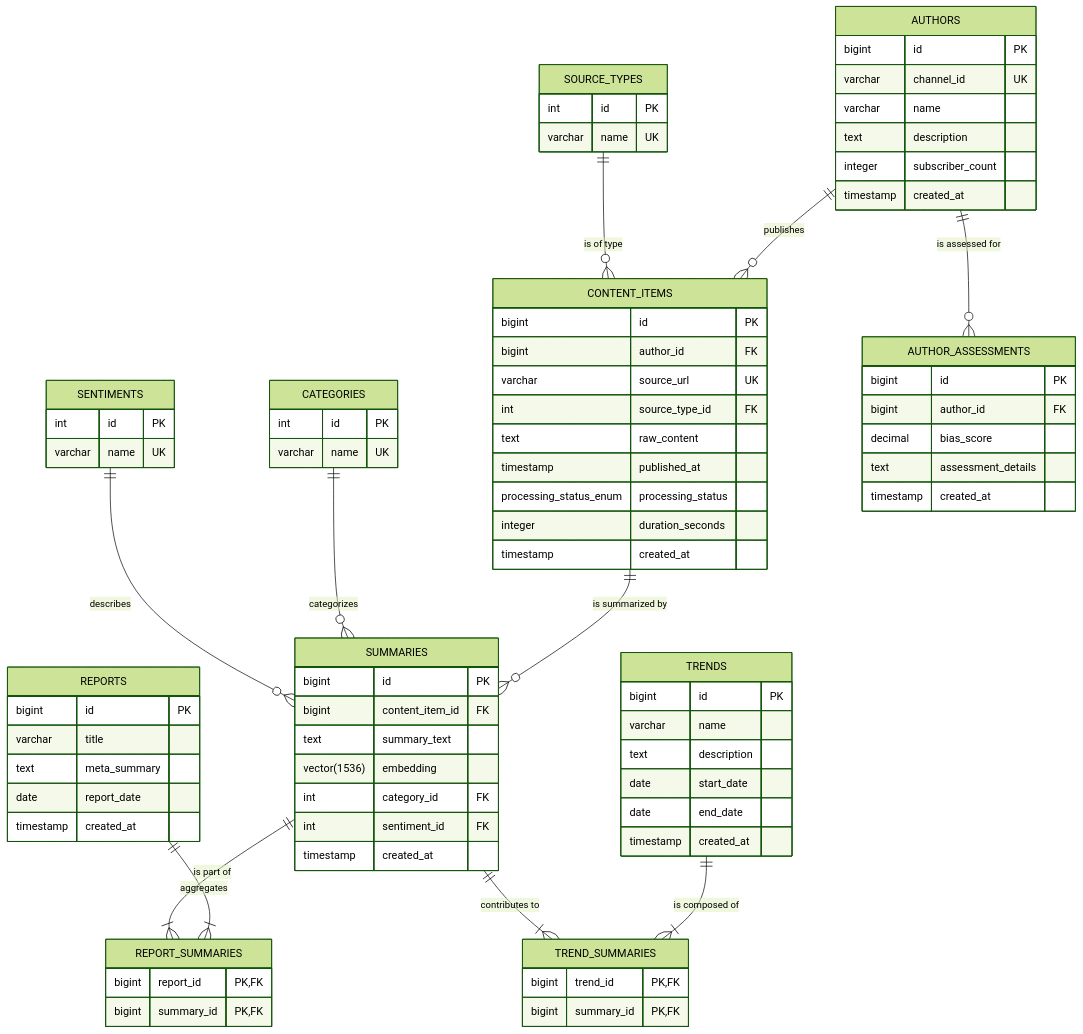
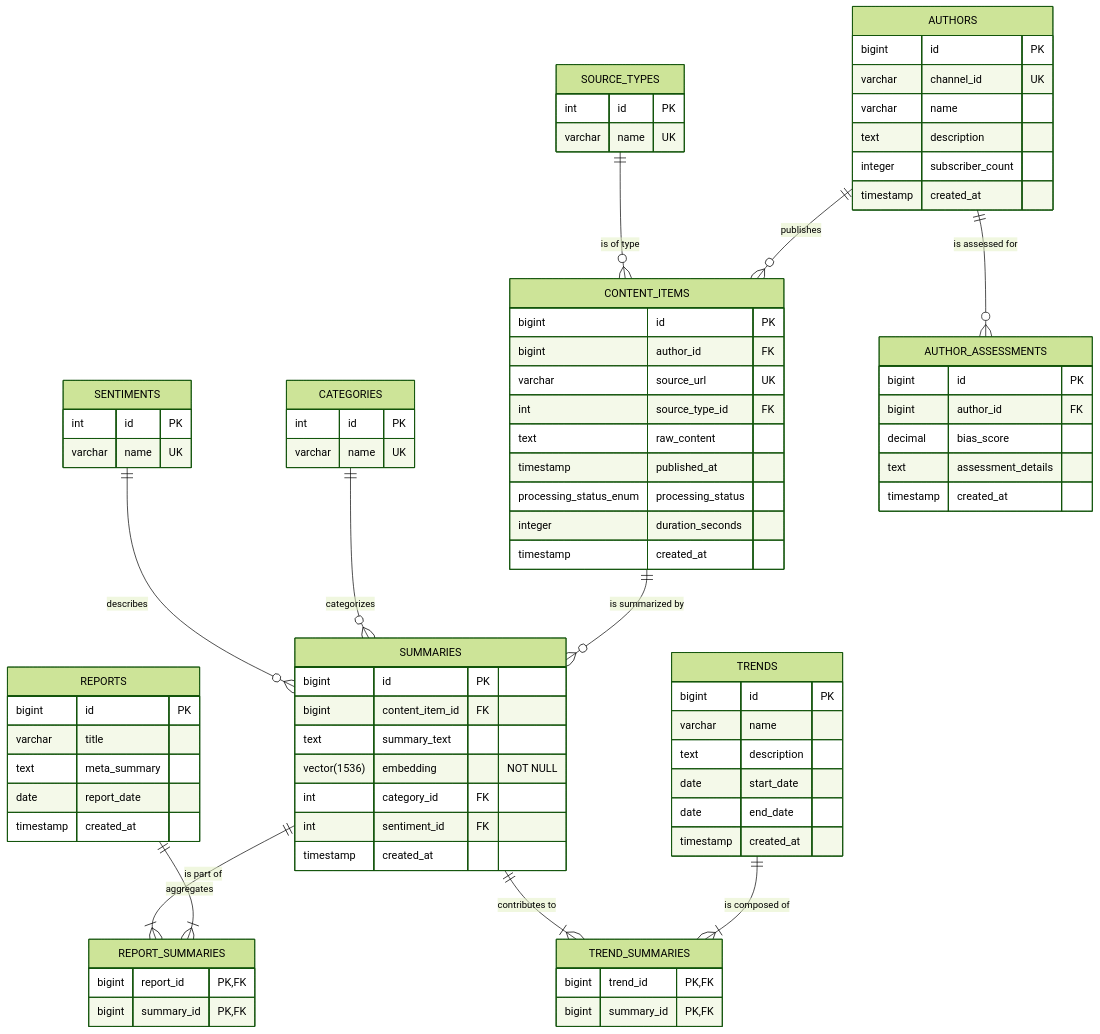
One commit to sjuresa/povzetkar changed the diagram in src/main/docs/sdlc/04_database_design.md. Above: the diagram before and after it, drawn with Mermaid (forest theme). The commit also changed other lines of this file and 1 other file, not shown here.

```diff
--- a/src/main/docs/sdlc/04_database_design.md
+++ b/src/main/docs/sdlc/04_database_design.md
@@ -49,7 +49,7 @@
         bigint id PK
         bigint content_item_id FK
         text summary_text
-        vector(1536) embedding
+        vector(1536) embedding "NOT NULL"
         int category_id FK
         int sentiment_id FK
         timestamp created_at
```
